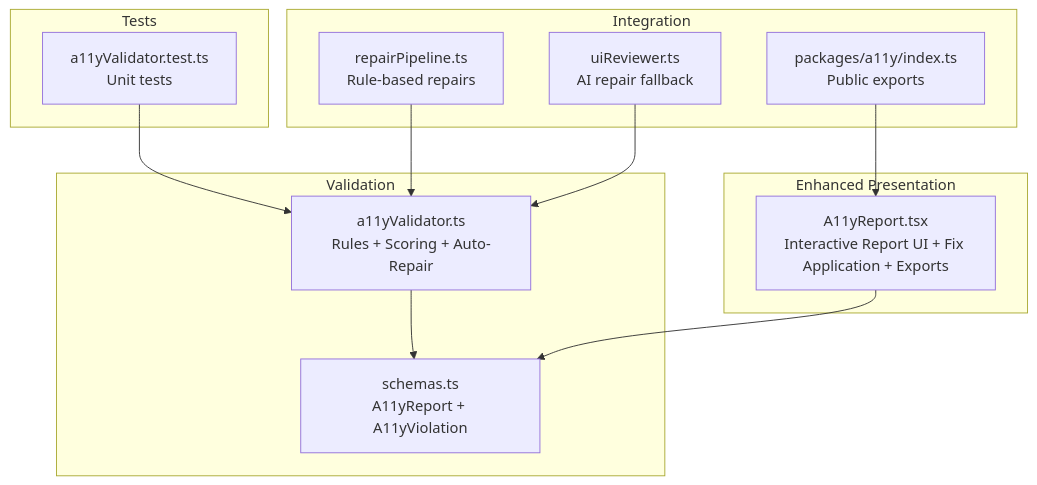
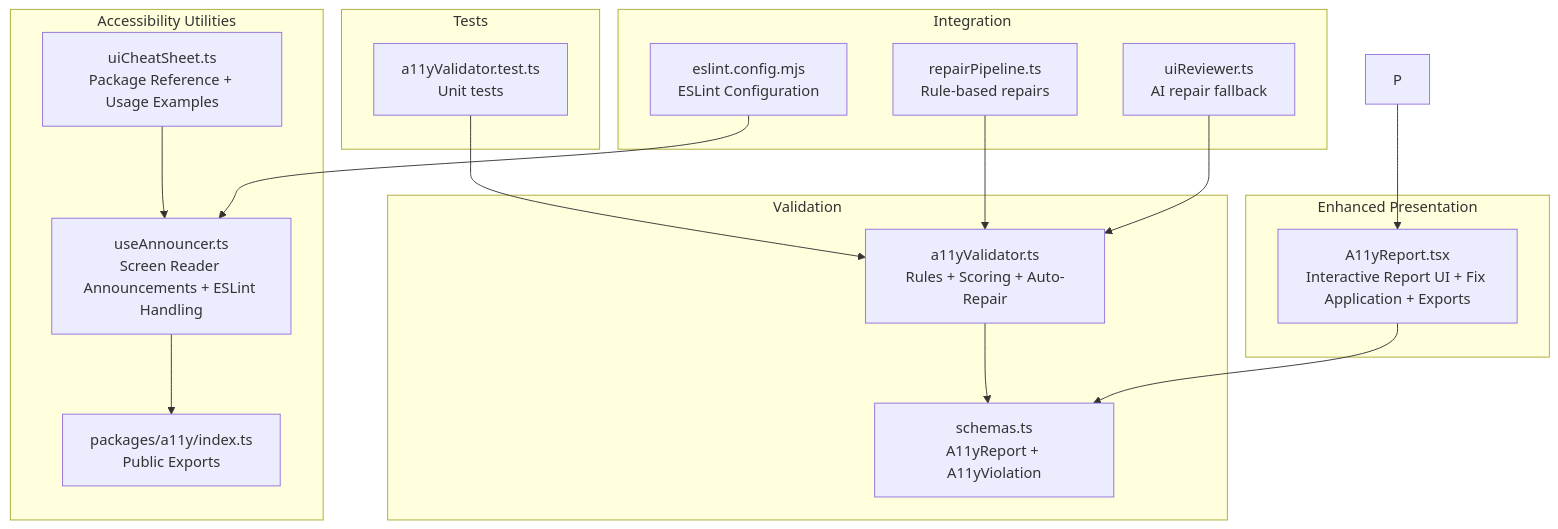
The first of 9 diagrams in .qoder/repowiki/en/content/Validation & Quality Assurance/Accessibility Validation (WCAG 2.1 AA).md (shekhargiri005-dotcom/AI-powered-accessibility-first-UI-engine), drawn with Mermaid before and after one commit. The commit also changed other lines of this file and 7 other files, not shown here.

````diff
--- a/.qoder/repowiki/en/content/Validation & Quality Assurance/Accessibility Validation (WCAG 2.1 AA).md
+++ b/.qoder/repowiki/en/content/Validation & Quality Assurance/Accessibility Validation (WCAG 2.1 AA).md
@@ -43,24 +48,32 @@
 ```mermaid
 graph TB
 subgraph "Validation"
 V["a11yValidator.ts<br/>Rules + Scoring + Auto-Repair"]
 S["schemas.ts<br/>A11yReport + A11yViolation"]
 end
 subgraph "Enhanced Presentation"
 R["A11yReport.tsx<br/>Interactive Report UI + Fix Application + Exports"]
 end
+subgraph "Accessibility Utilities"
+UA["useAnnouncer.ts<br/>Screen Reader Announcements + ESLint Handling"]
+UI["uiCheatSheet.ts<br/>Package Reference + Usage Examples"]
+IDX["packages/a11y/index.ts<br/>Public Exports"]
+end
 subgraph "Tests"
 T["a11yValidator.test.ts<br/>Unit tests"]
 end
 subgraph "Integration"
 RP["repairPipeline.ts<br/>Rule-based repairs"]
 UR["uiReviewer.ts<br/>AI repair fallback"]
-P["packages/a11y/index.ts<br/>Public exports"]
+ESL["eslint.config.mjs<br/>ESLint Configuration"]
 end
 V --> S
 R --> S
+UA --> IDX
+UI --> UA
 T --> V
 RP --> V
 UR --> V
+ESL --> UA
 P --> R
 ```
````
